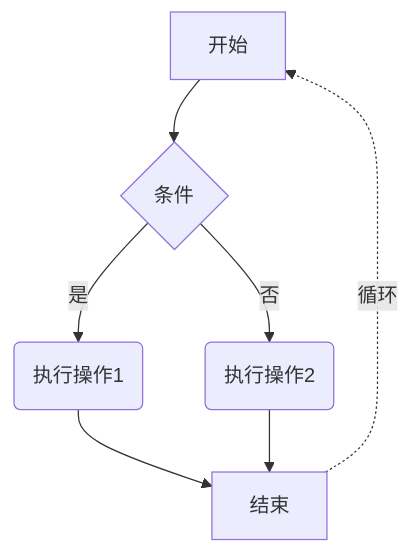
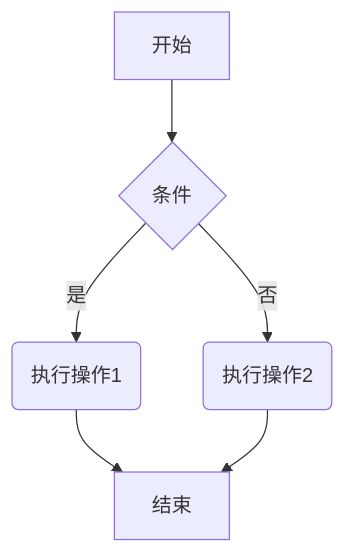
Before and after one commit to aa1555/Repository: the second of 8 diagrams in Python/10.Mermaid语法(生成图表).md, drawn with Mermaid. The commit also changed 1 other file, not shown here.

Commit message:
更新 10.Mermaid语法(生成图表).md

````diff
--- a/Python/10.Mermaid语法(生成图表).md
+++ b/Python/10.Mermaid语法(生成图表).md
@@ -46,9 +46,8 @@
 ```mermaid
 graph TD
     A[开始] --> B{条件}
     B --是--> C(执行操作1)
     B --否--> D(执行操作2)
     C --> E[结束]
     D --> E
-    E -.->|循环| A
 ```
````
